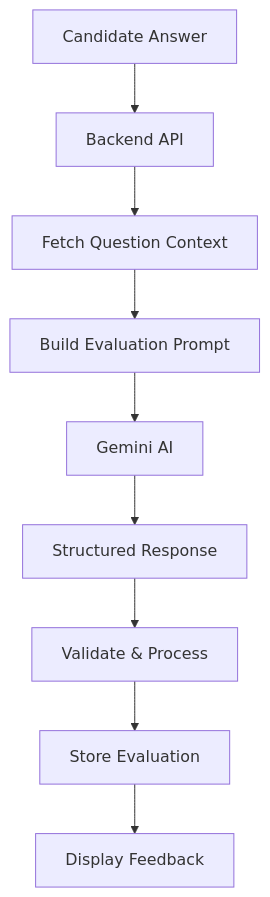
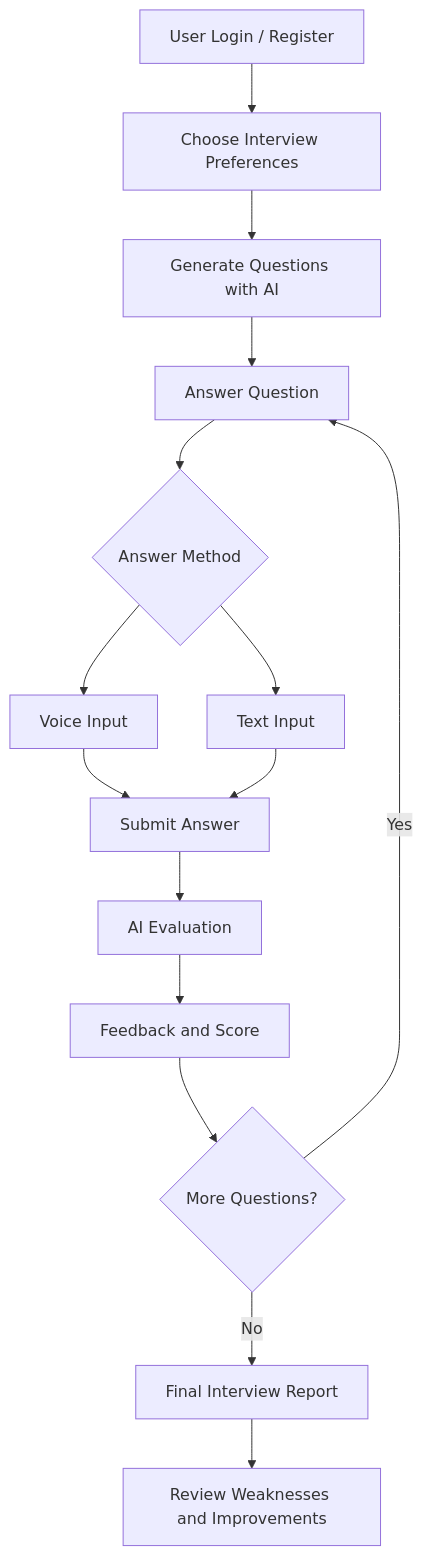
Before and after one commit to VrushaliParmar/InterviewMate-AI: the first of 4 diagrams in README.md, drawn with Mermaid. The commit also changed other lines of this file, not shown here.

````diff
--- a/README.md
+++ b/README.md
@@ -307,11 +78,17 @@
 ```mermaid
 flowchart TD
-    A["Candidate Answer"] --> B["Backend API"]
-    B --> C["Fetch Question Context"]
-    C --> D["Build Evaluation Prompt"]
-    D --> E["Gemini AI"]
-    E --> F["Structured Response"]
-    F --> G["Validate & Process"]
-    G --> H["Store Evaluation"]
-    H --> I["Display Feedback"]
+    A[User Login / Register] --> B[Choose Interview Preferences]
+    B --> C[Generate Questions with AI]
+    C --> D[Answer Question]
+    D --> E{Answer Method}
+    E --> F[Voice Input]
+    E --> G[Text Input]
+    F --> H[Submit Answer]
+    G --> H
+    H --> I[AI Evaluation]
+    I --> J[Feedback and Score]
+    J --> K{More Questions?}
+    K -->|Yes| D
+    K -->|No| L[Final Interview Report]
+    L --> M[Review Weaknesses and Improvements]
 ```
````
